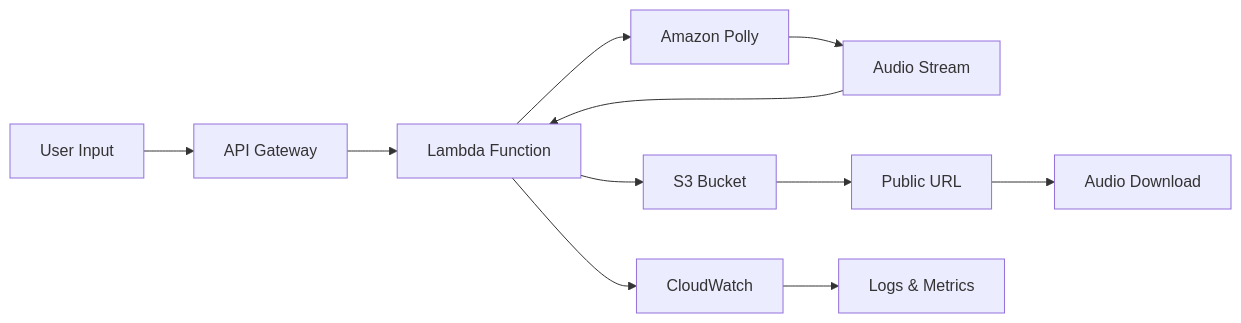
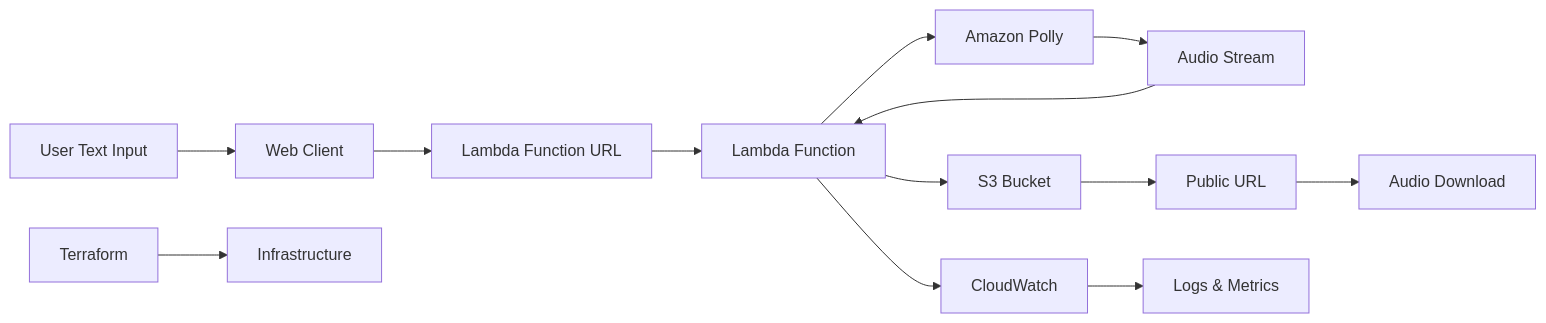
Before and after one commit to omesh7/aws-portfolio: the diagram in 04-text-to-speech-polly/README.md, drawn with Mermaid. The commit also changed other lines of this file and 38 other files, not shown here.

````diff
--- a/04-text-to-speech-polly/README.md
+++ b/04-text-to-speech-polly/README.md
@@ -23,14 +23,16 @@
 ```mermaid
 graph LR
-    A[User Input] --> B[API Gateway]
-    B --> C[Lambda Function]
-    C --> D[Amazon Polly]
-    D --> E[Audio Stream]
-    E --> C
-    C --> F[S3 Bucket]
-    F --> G[Public URL]
-    G --> H[Audio Download]
+    A[User Text Input] --> B[Web Client]
+    B --> C[Lambda Function URL]
+    C --> D[Lambda Function]
+    D --> E[Amazon Polly]
+    E --> F[Audio Stream]
+    F --> D
+    D --> G[S3 Bucket]
+    G --> H[Public URL]
+    H --> I[Audio Download]
     
-    I[CloudWatch] --> J[Logs & Metrics]
-    C --> I
+    J[CloudWatch] --> K[Logs & Metrics]
+    D --> J
+    L[Terraform] --> M[Infrastructure]
 ```
````
